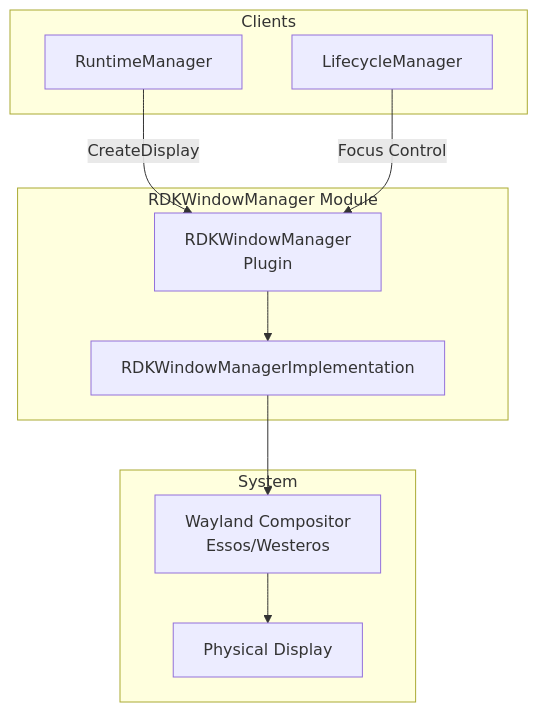
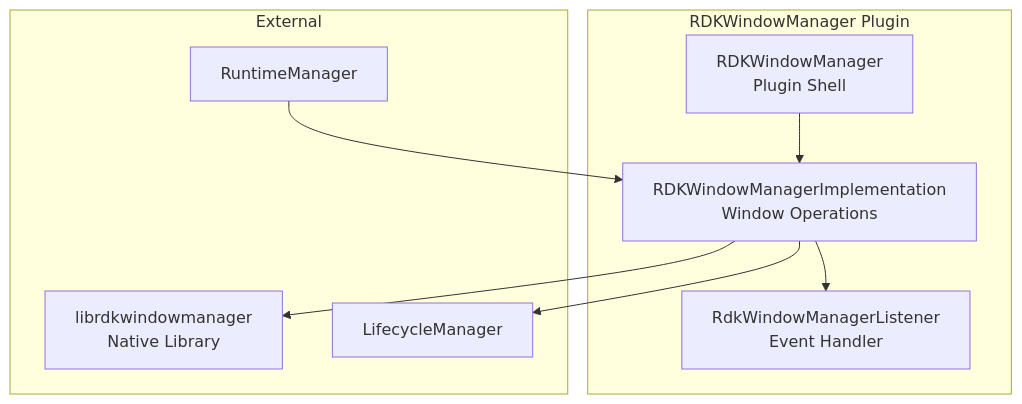
One commit to rdkcentral/entservices-appmanagers changed the first of 5 diagrams in RDKWindowManager/RDKWindowManager.md. Above: the diagram before and after it, drawn with Mermaid. The commit also changed other lines of this file and 19 other files, not shown here.

````diff
--- a/RDKWindowManager/RDKWindowManager.md
+++ b/RDKWindowManager/RDKWindowManager.md
@@ -32,23 +34,20 @@
 ```mermaid
 graph TB
-    subgraph "RDKWindowManager Module"
-        WM[RDKWindowManager<br/>Plugin]
-        WMI[RDKWindowManagerImplementation]
+    subgraph "RDKWindowManager Plugin"
+        Shell[RDKWindowManager<br/>Plugin Shell]
+        Impl[RDKWindowManagerImplementation<br/>Window Operations]
+        Listener[RdkWindowManagerListener<br/>Event Handler]
     end
 
-    subgraph "Clients"
+    subgraph "External"
+        RWM[librdkwindowmanager<br/>Native Library]
         RTM[RuntimeManager]
         LCM[LifecycleManager]
     end
 
-    subgraph "System"
-        Compositor[Wayland Compositor<br/>Essos/Westeros]
-        Display[Physical Display]
-    end
-
-    RTM -->|CreateDisplay| WM
-    LCM -->|Focus Control| WM
-    WM --> WMI
-    WMI --> Compositor
-    Compositor --> Display
+    Shell --> Impl
+    Impl --> Listener
+    Impl --> RWM
+    RTM --> Impl
+    Impl --> LCM
 ```
````
